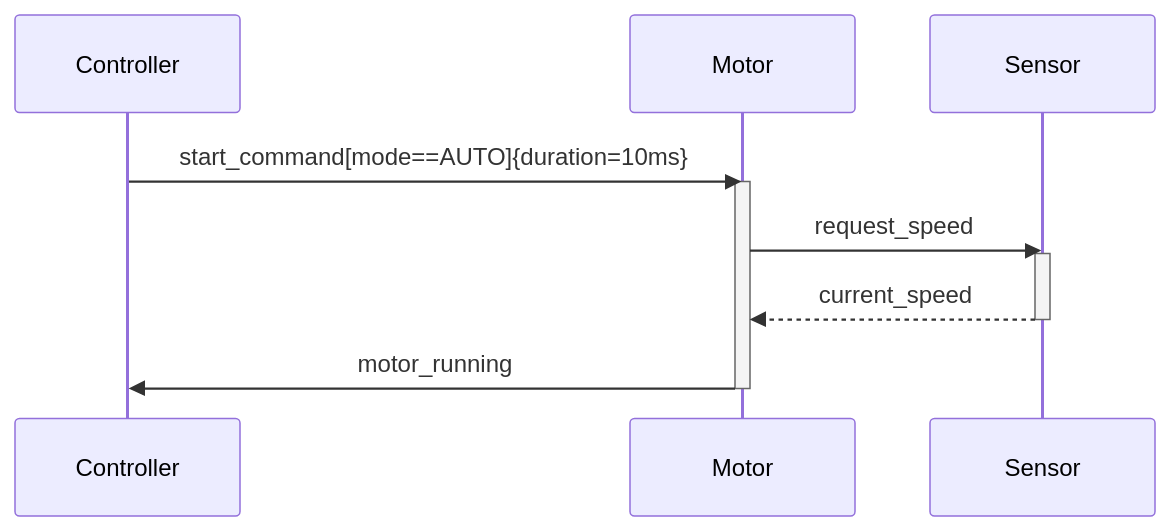
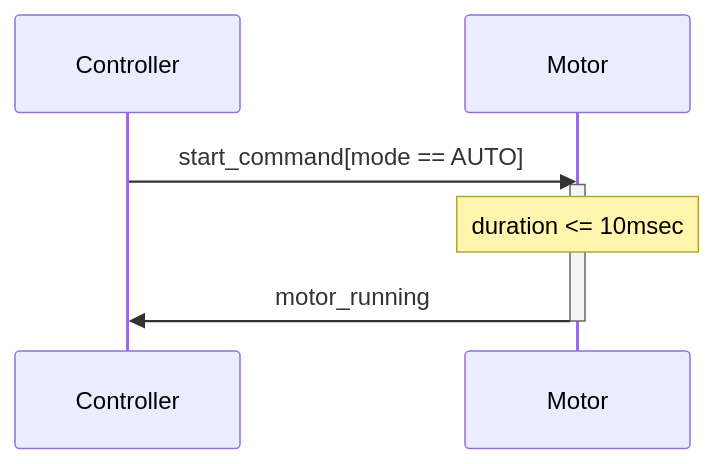
Before and after one commit to ghackenberg/kurs-systems-engineering: the diagram in Folien/03_Verifikationen_und_Störungen/Diagramme/Mermaid/Motor_Start_Sequence.mmd, drawn with Mermaid. The commit also changed 16 other files, not shown here.

```diff
--- a/Folien/03_Verifikationen_und_Störungen/Diagramme/Mermaid/Motor_Start_Sequence.mmd
+++ b/Folien/03_Verifikationen_und_Störungen/Diagramme/Mermaid/Motor_Start_Sequence.mmd
@@ -1,13 +1,9 @@
 sequenceDiagram
     participant Controller
     participant Motor
-    participant Sensor
 
-    Controller->>Motor: start_command[mode==AUTO]{duration=10ms}
+    Controller->>Motor: start_command[mode == AUTO]
     activate Motor
-    Motor->>Sensor: request_speed
-    activate Sensor
-    Sensor-->>Motor: current_speed
-    deactivate Sensor
+    Note over Motor: duration <= 10msec
     Motor->>Controller: motor_running
     deactivate Motor
```
